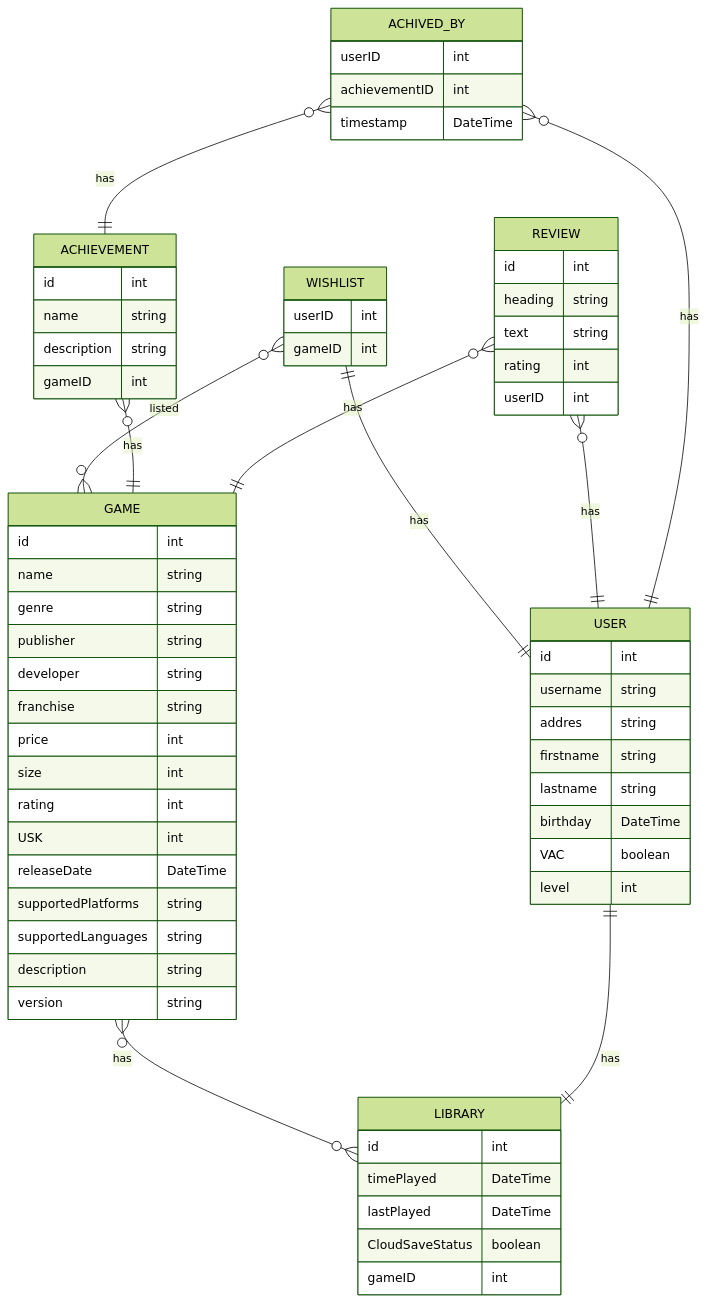
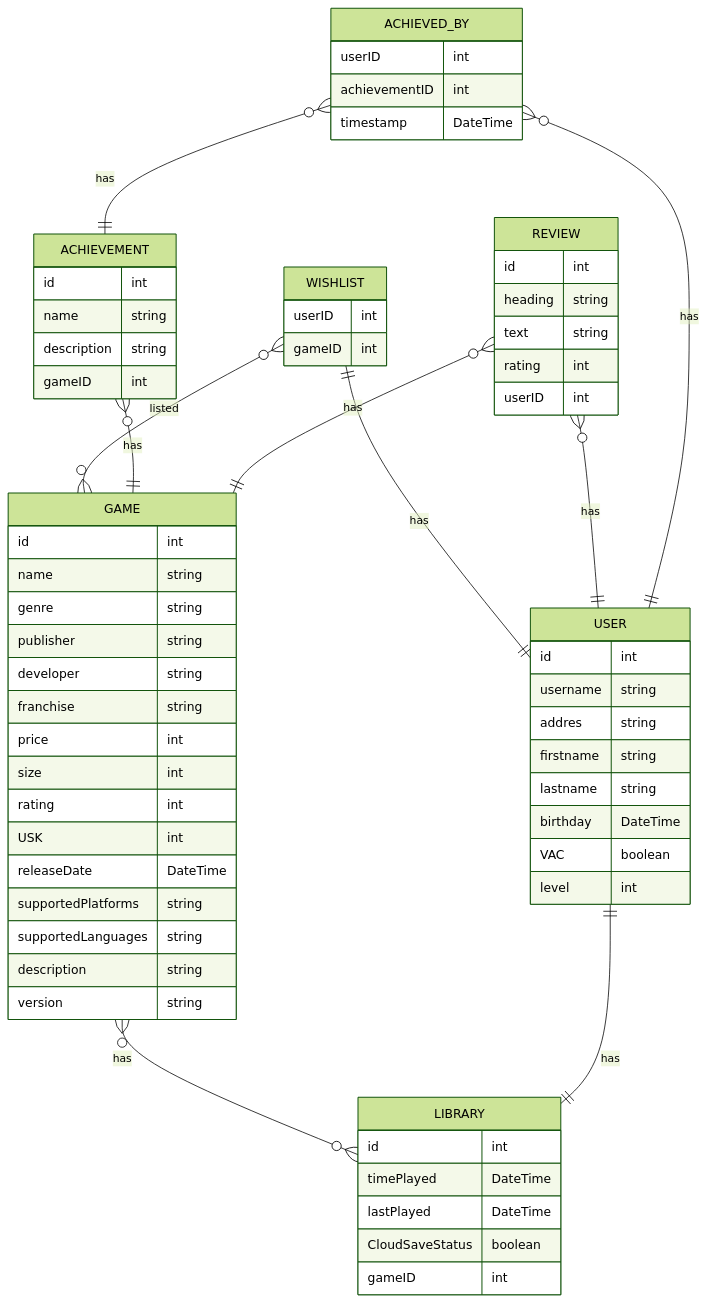
The diagram in report/README.md (Schpadel/SteamDjangoDBModel), drawn with Mermaid (forest theme) before and after one commit. The commit also changed 3 other files, not shown here.

Commit message:
update mermaid and first test upload of the video

````diff
--- a/report/README.md
+++ b/report/README.md
@@ -73,7 +73,7 @@
 ```mermaid
 erDiagram
-    GAME o{--o{ LIBRARY: has
-    GAME {
+    GAME o{--o{ LIBRARY : has
+        GAME {
         id int
         name string
         genre string
@@ -97,63 +97,49 @@
         CloudSaveStatus boolean
         gameID int
     }
+    
+    WISHLIST }o--o{ GAME : listed
+        WISHLIST {
+            userID int
+            gameID int            
+        }
+    ACHIEVEMENT }o--|| GAME : "has"
+        ACHIEVEMENT {
+            id int
+            name string
+            description string
+            gameID int
+        }
+    REVIEW }o--|| GAME : has    
+        REVIEW {
+            id int
+            heading string
+            text string
+            rating int
+            userID int
+        }
 
+    WISHLIST ||--|| USER : has
+    REVIEW }o--|| USER : has    
 
-    WISHLIST }o--o{ GAME: listed
-    WISHLIST {
-        userID int
-        gameID int
-    }
-    ACHIEVEMENT }o--|| GAME: "has"
-    ACHIEVEMENT {
-        id int
-        name string
-        description string
-        gameID int
-    }
-    REVIEW }o--|| GAME: has
-    REVIEW {
-        id int
-        heading string
-        text string
-        rating int
-        userID int
-    }
+    USER ||--|| LIBRARY : "has"
+        USER {
+            id int
+            username string
+            addres string
+            firstname string
+            lastname string
+            birthday DateTime
+            VAC boolean
+            level int
+        }
 
+    ACHIEVED_BY }o--|| USER : has
+        ACHIEVED_BY {
+            userID int
+            achievementID int
+            timestamp DateTime
+        }
+    ACHIEVED_BY }o--|| ACHIEVEMENT: has
 
-    WISHLIST ||--|| USER: has
-%%ACHIEVEMENT }o--o{ USER : "achieved"
-    REVIEW }o--|| USER: has
-%%INVENTORY ||--|| USER : has
-%%    INVENTORY {
-%%        userID int
-%%        itemID int
-%%    }
-
-    USER ||--|| LIBRARY: "has"
-    USER {
-        id int
-        username string
-        addres string
-        firstname string
-        lastname string
-        birthday DateTime
-        VAC boolean
-        level int
-    }
-
-%%ITEM }o--o{ INVENTORY : "assigned to"
-
-    ACHIVED_BY }o--|| USER: has
-    ACHIVED_BY {
-        userID int
-        achievementID int
-        timestamp DateTime
-    }
-    ACHIVED_BY }o--|| ACHIEVEMENT: has
-%%ITEM {
-%%    itemID int
-%%    name string
-%%    description string
-%%}
 ```
````
